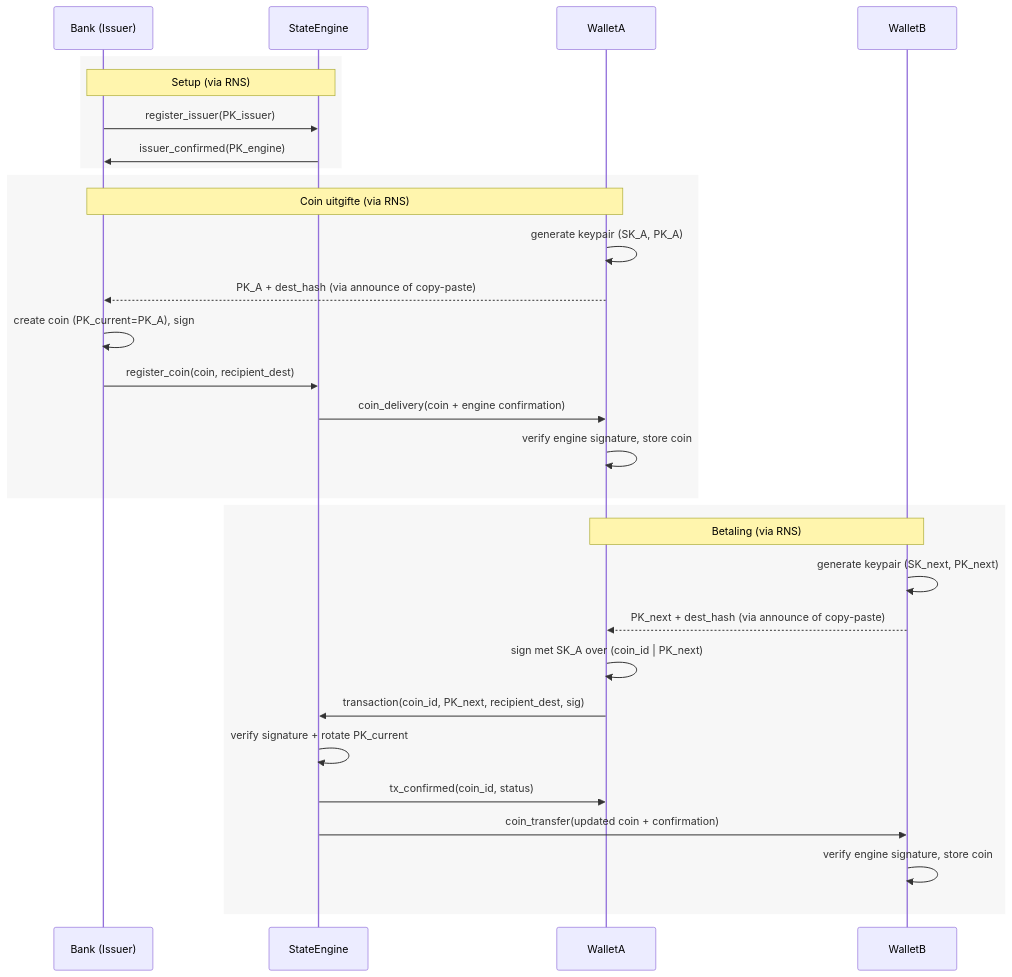
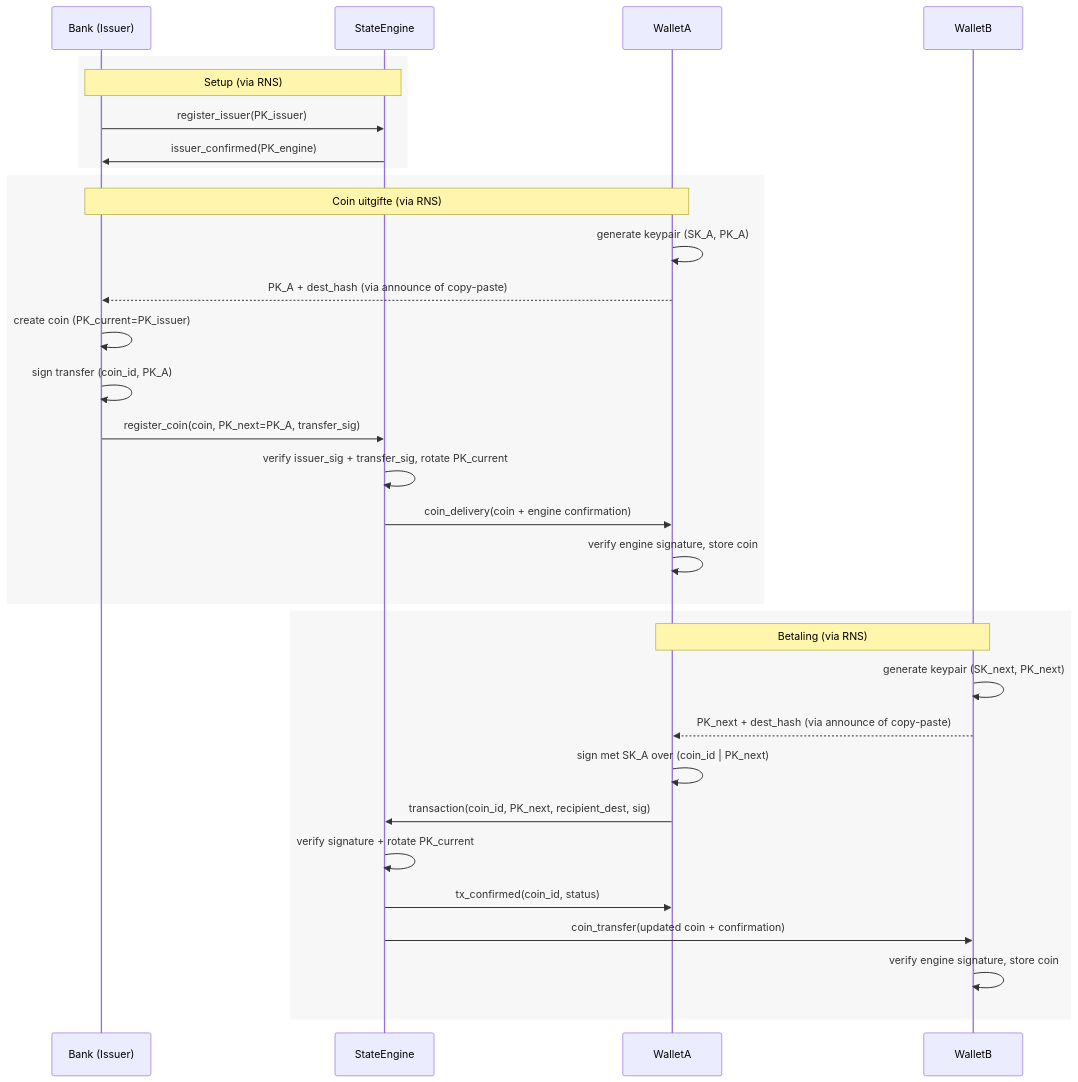
Before and after one commit to GijsvandenBeucken/gijsvandenbeucken.github.io: the first of 6 diagrams in backup/lora-en-pkicash-wallet/opzet.md, drawn with Mermaid. The commit also changed other lines of this file and 31 other files, not shown here.

````diff
--- a/backup/lora-en-pkicash-wallet/opzet.md
+++ b/backup/lora-en-pkicash-wallet/opzet.md
@@ -184,35 +197,37 @@
 ```mermaid
 sequenceDiagram
     participant Issuer as Bank (Issuer)
     participant Engine as StateEngine
     participant WalletA
     participant WalletB
 
     rect rgba(200,200,200,0.15)
     Note over Issuer,Engine: Setup (via RNS)
     Issuer->>Engine: register_issuer(PK_issuer)
     Engine->>Issuer: issuer_confirmed(PK_engine)
     end
 
     rect rgba(200,200,200,0.15)
     Note over Issuer,WalletA: Coin uitgifte (via RNS)
     WalletA->>WalletA: generate keypair (SK_A, PK_A)
     WalletA-->>Issuer: PK_A + dest_hash (via announce of copy-paste)
-    Issuer->>Issuer: create coin (PK_current=PK_A), sign
-    Issuer->>Engine: register_coin(coin, recipient_dest)
+    Issuer->>Issuer: create coin (PK_current=PK_issuer)
+    Issuer->>Issuer: sign transfer (coin_id, PK_A)
+    Issuer->>Engine: register_coin(coin, PK_next=PK_A, transfer_sig)
+    Engine->>Engine: verify issuer_sig + transfer_sig, rotate PK_current
     Engine->>WalletA: coin_delivery(coin + engine confirmation)
     WalletA->>WalletA: verify engine signature, store coin
     end
 
     rect rgba(200,200,200,0.15)
     Note over WalletA,WalletB: Betaling (via RNS)
     WalletB->>WalletB: generate keypair (SK_next, PK_next)
     WalletB-->>WalletA: PK_next + dest_hash (via announce of copy-paste)
     WalletA->>WalletA: sign met SK_A over (coin_id | PK_next)
     WalletA->>Engine: transaction(coin_id, PK_next, recipient_dest, sig)
     Engine->>Engine: verify signature + rotate PK_current
     Engine->>WalletA: tx_confirmed(coin_id, status)
     Engine->>WalletB: coin_transfer(updated coin + confirmation)
     WalletB->>WalletB: verify engine signature, store coin
     end
 ```
````
